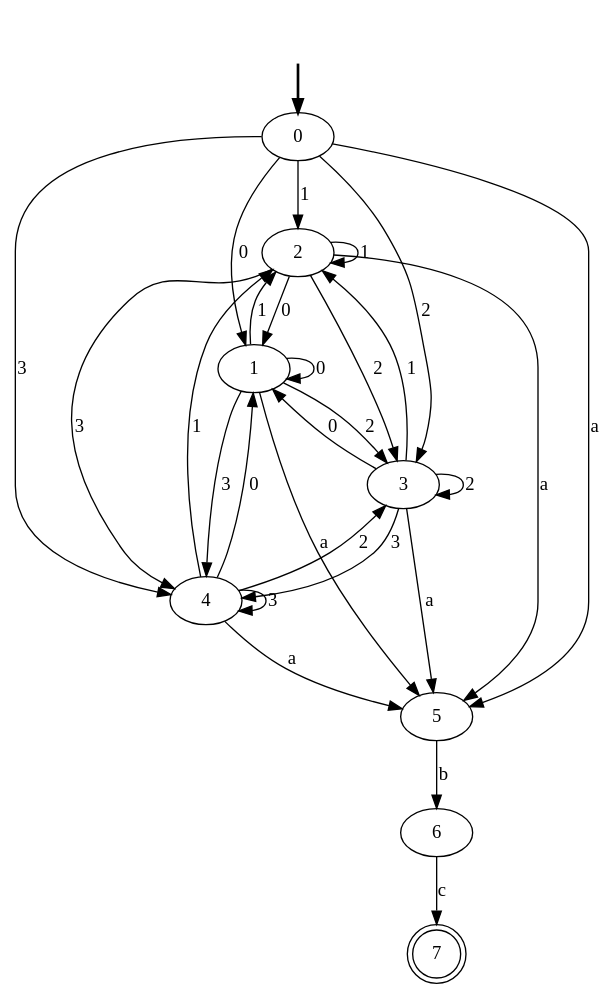
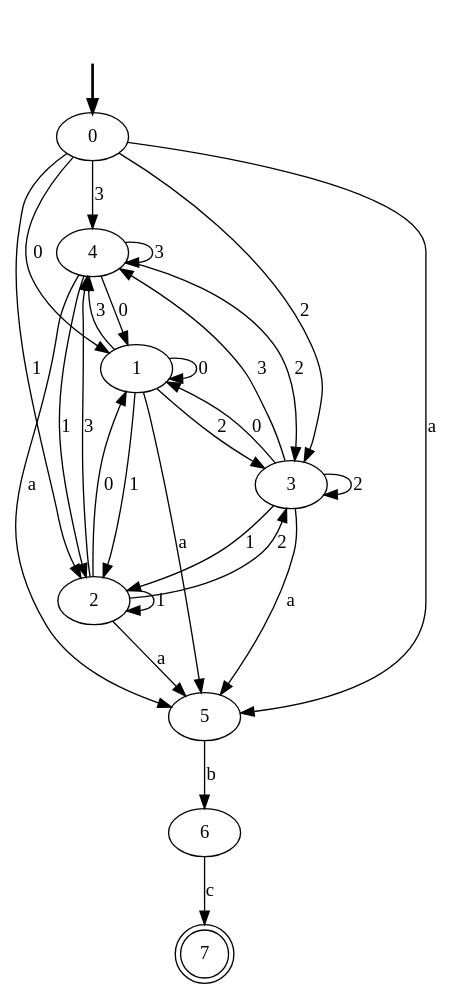
The diagram in Tarea 1/graphic_DFA.dot (maupeon/Compiladores), drawn with Graphviz before and after one commit. The commit also changed other lines of this file and 4 other files, not shown here.

```diff
--- a/Tarea 1/graphic_DFA.dot
+++ b/Tarea 1/graphic_DFA.dot
@@ -1,39 +1,39 @@
 digraph {
 	fake [style=invisible]
-	6
+	4
+	1
+	3
+	0 [root=true]
 	2
 	5
 	7 [shape=doublecircle]
-	1
-	4
-	3
-	0 [root=true]
+	6
 	fake -> 0 [style=bold]
 	0 -> 1 [label=0]
 	0 -> 2 [label=1]
 	0 -> 3 [label=2]
 	0 -> 4 [label=3]
 	0 -> 5 [label=a]
 	1 -> 1 [label=0]
 	1 -> 2 [label=1]
 	1 -> 3 [label=2]
 	1 -> 4 [label=3]
 	1 -> 5 [label=a]
 	2 -> 1 [label=0]
 	2 -> 2 [label=1]
 	2 -> 3 [label=2]
 	2 -> 4 [label=3]
 	2 -> 5 [label=a]
 	3 -> 1 [label=0]
 	3 -> 2 [label=1]
 	3 -> 3 [label=2]
 	3 -> 4 [label=3]
 	3 -> 5 [label=a]
 	4 -> 1 [label=0]
 	4 -> 2 [label=1]
 	4 -> 3 [label=2]
 	4 -> 4 [label=3]
 	4 -> 5 [label=a]
 	5 -> 6 [label=b]
 	6 -> 7 [label=c]
 }
```
